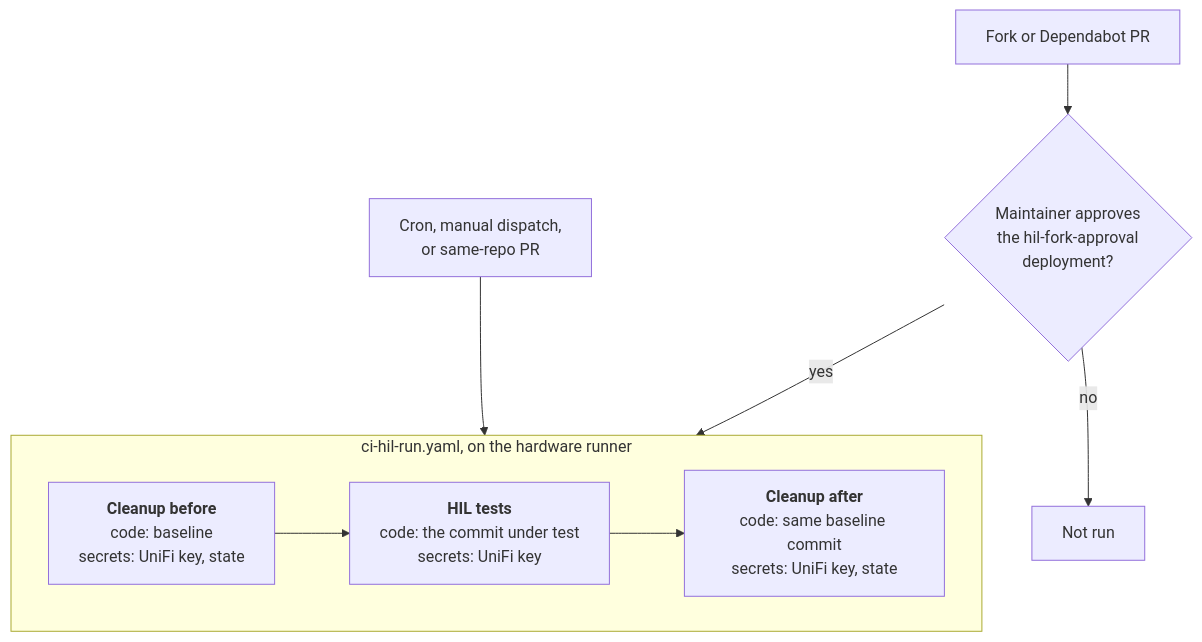
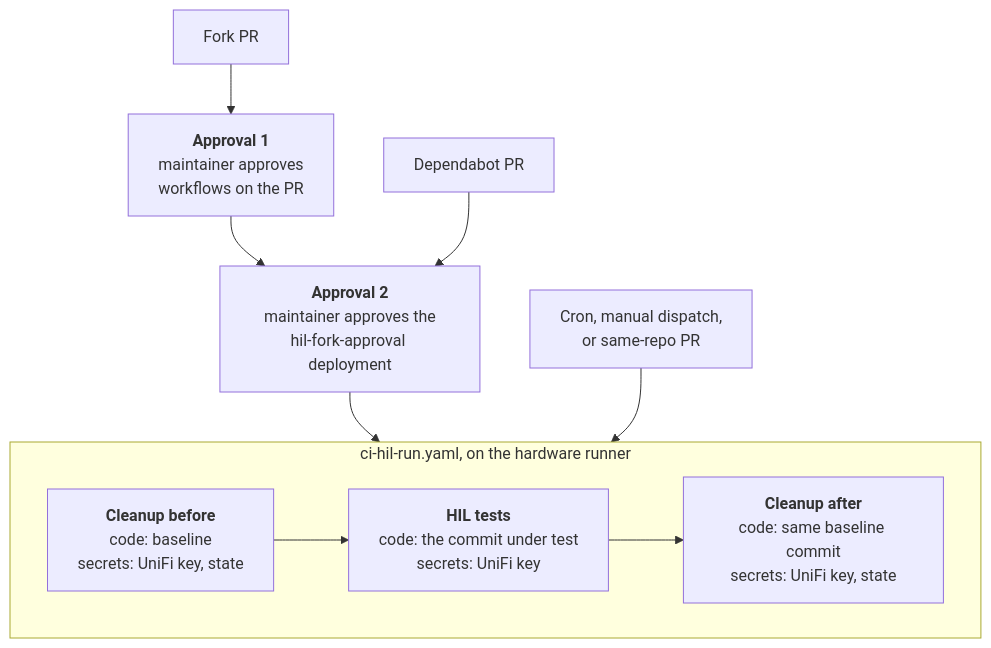
Before and after one commit to alexklibisz/terraform-provider-terrifi: the first of 2 diagrams in hardware-testing/SECURITY.md, drawn with Mermaid. The commit also changed other lines of this file, not shown here.

Commit message:
Document both approvals a fork PR needs before HIL runs

````diff
--- a/hardware-testing/SECURITY.md
+++ b/hardware-testing/SECURITY.md
@@ -34,18 +34,20 @@
 ```mermaid
 flowchart TD
     trusted["Cron, manual dispatch,<br/>or same-repo PR"]
-    untrusted["Fork or Dependabot PR"]
-    gate{"Maintainer approves<br/>the hil-fork-approval<br/>deployment?"}
-    untrusted --> gate
-    gate -->|no| skipped["Not run"]
+    fork["Fork PR"]
+    dependabot["Dependabot PR"]
+    banner["<b>Approval 1</b><br/>maintainer approves<br/>workflows on the PR"]
+    gate["<b>Approval 2</b><br/>maintainer approves the<br/>hil-fork-approval deployment"]
+    fork --> banner --> gate
+    dependabot --> gate
+    gate --> run
     trusted --> run
-    gate -->|yes| run
 
     subgraph run["ci-hil-run.yaml, on the hardware runner"]
         direction LR
         before["<b>Cleanup before</b><br/>code: baseline<br/>secrets: UniFi key, state"]
         tests["<b>HIL tests</b><br/>code: the commit under test<br/>secrets: UniFi key"]
         after["<b>Cleanup after</b><br/>code: same baseline commit<br/>secrets: UniFi key, state"]
         before --> tests --> after
     end
 ```
````
